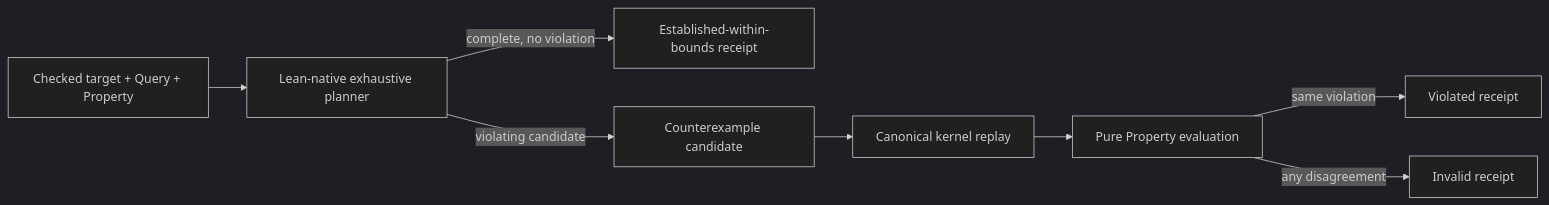
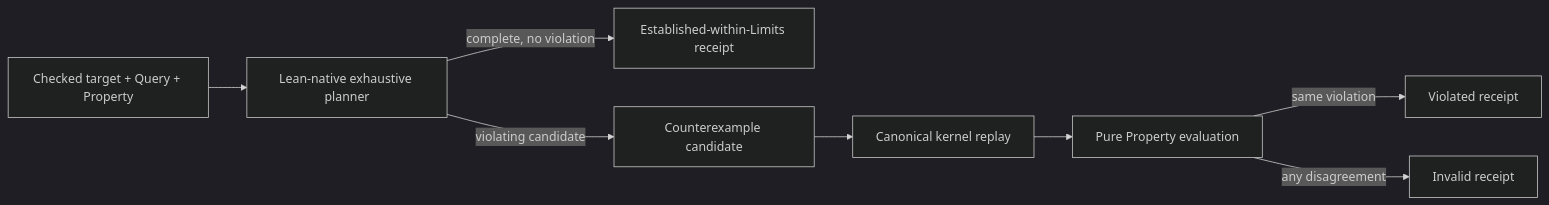
Before and after one commit to stephanos/temporal: the diagram in .flow/specs/fn-24-lean-native-verification-receipts-and.md, drawn with Mermaid (dark theme). The commit also changed other lines of this file and 277 other files, not shown here.

````diff
--- a/.flow/specs/fn-24-lean-native-verification-receipts-and.md
+++ b/.flow/specs/fn-24-lean-native-verification-receipts-and.md
@@ -25,10 +25,10 @@
 ```mermaid
 flowchart LR
   T[Checked target + Query + Property] --> N[Lean-native exhaustive planner]
-  N -->|complete, no violation| E[Established-within-bounds receipt]
+  N -->|complete, no violation| E[Established-within-Limits receipt]
   N -->|violating candidate| C[Counterexample candidate]
   C --> R[Canonical kernel replay]
   R --> P[Pure Property evaluation]
   P -->|same violation| V[Violated receipt]
   P -->|any disagreement| I[Invalid receipt]
 ```
````
